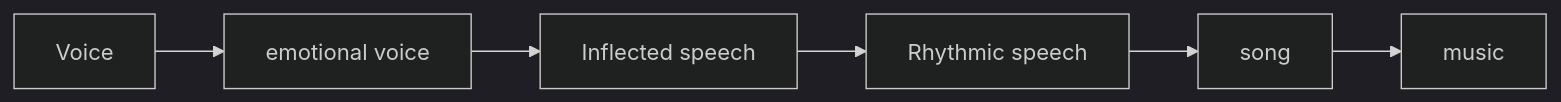
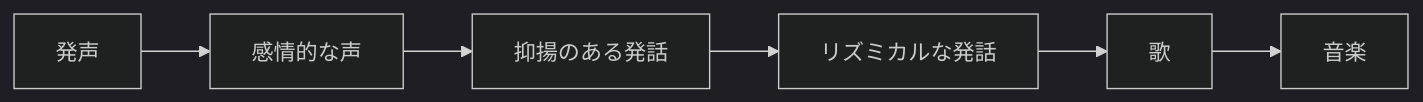
The first of 2 diagrams in en/_posts/2026-08-10-column-why-humans-invented-music-before-writing-part2.md (monumental-movement/monumental-movement.github.io), drawn with Mermaid (dark theme) before and after one commit. The commit also changed other lines of this file and 2196 other files, not shown here.

```diff
--- a/en/_posts/2026-08-10-column-why-humans-invented-music-before-writing-part2.md
+++ b/en/_posts/2026-08-10-column-why-humans-invented-music-before-writing-part2.md
@@ -63,8 +63,8 @@
 <div class="mermaid">
 flowchart LR
-    A["Voice"] --> B["emotional voice"]
-    B --> C["Inflected speech"]
-    C --> D["Rhythmic speech"]
-    D --> E["song"]
-    E --> F["music"]
+    A["発声"] --> B["感情的な声"]
+    B --> C["抑揚のある発話"]
+    C --> D["リズミカルな発話"]
+    D --> E["歌"]
+    E --> F["音楽"]
 </div>
```
